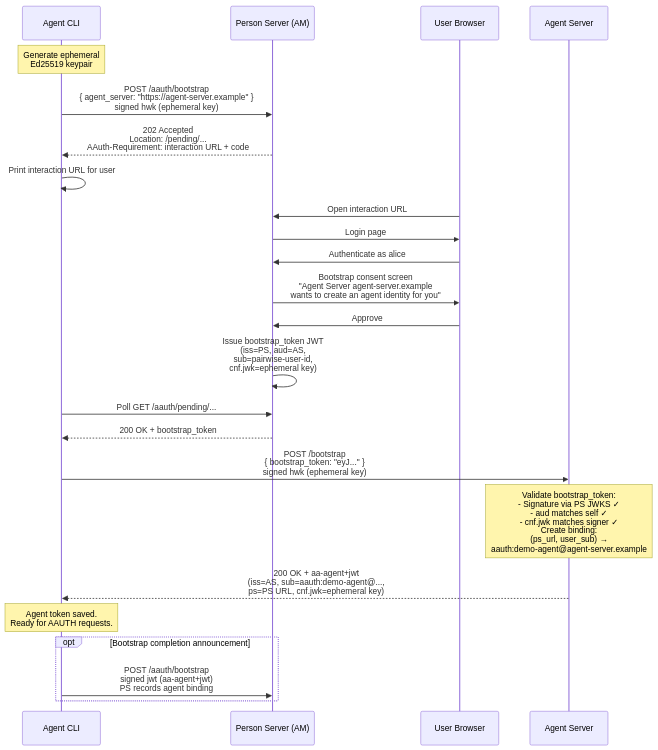
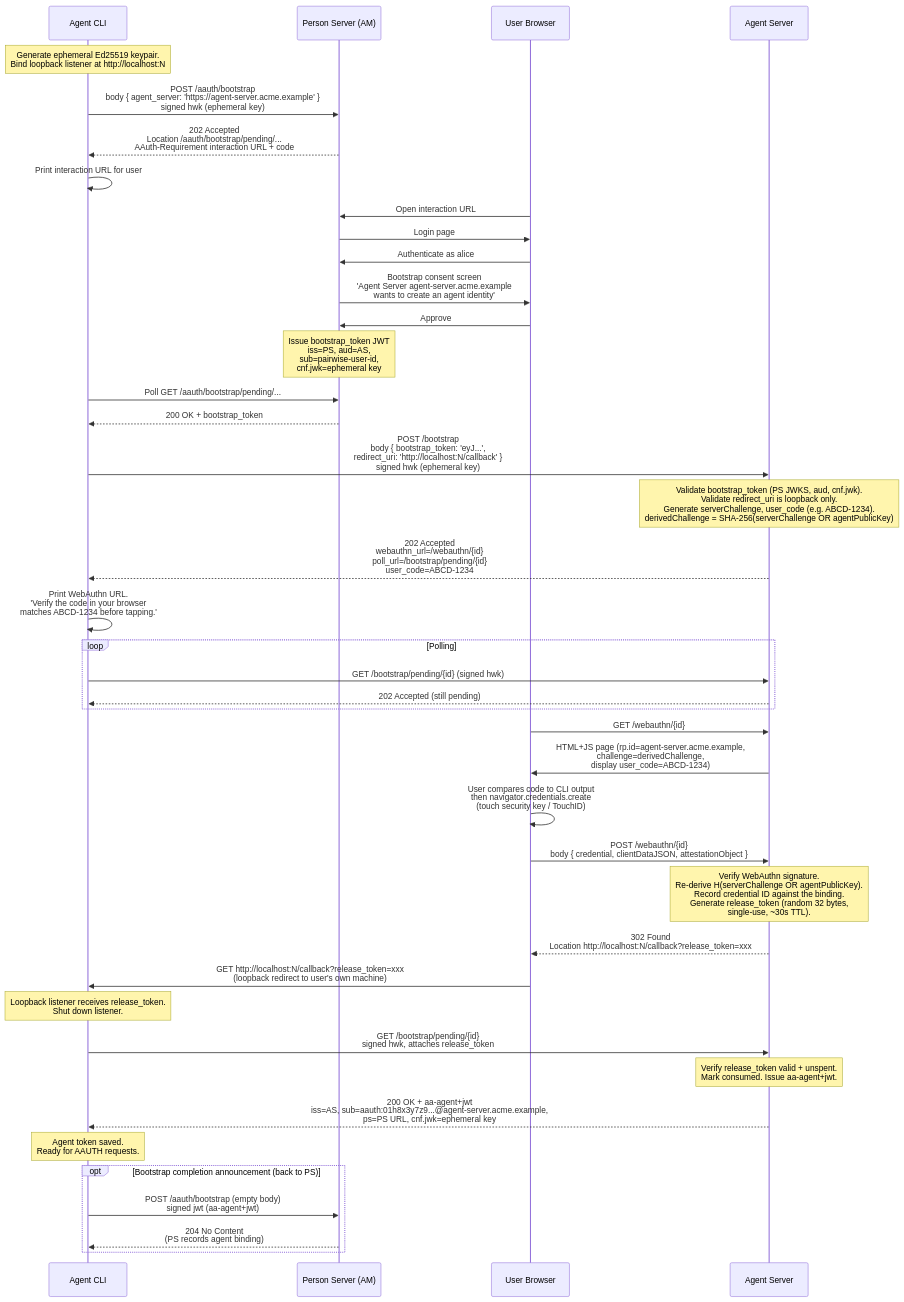
The diagram in gravitee-am-gateway/gravitee-am-gateway-handler/gravitee-am-gateway-handler-aauth/plans/aauth-implementation/17-mcp-demo.md (gravitee-io/gravitee-access-management), drawn with Mermaid before and after one commit. The commit also changed other lines of this file, not shown here.

Commit message:
feat(aauth): build demo plan

````diff
--- a/gravitee-am-gateway/gravitee-am-gateway-handler/gravitee-am-gateway-handler-aauth/plans/aauth-implementation/17-mcp-demo.md
+++ b/gravitee-am-gateway/gravitee-am-gateway-handler/gravitee-am-gateway-handler-aauth/plans/aauth-implementation/17-mcp-demo.md
@@ -69,37 +88,60 @@
 ```mermaid
 sequenceDiagram
     participant CLI as Agent CLI
     participant PS as Person Server (AM)
     participant Browser as User Browser
     participant AS as Agent Server
 
-    Note over CLI: Generate ephemeral<br/>Ed25519 keypair
+    Note over CLI: Generate ephemeral Ed25519 keypair.<br/>Bind loopback listener at http://localhost:N
 
-    CLI->>PS: POST /aauth/bootstrap<br/>{ agent_server: "https://agent-server.example" }<br/>signed hwk (ephemeral key)
-    PS-->>CLI: 202 Accepted<br/>Location: /pending/...<br/>AAuth-Requirement: interaction URL + code
+    CLI->>PS: POST /aauth/bootstrap<br/>body { agent_server: 'https://agent-server.acme.example' }<br/>signed hwk (ephemeral key)
+    PS-->>CLI: 202 Accepted<br/>Location /aauth/bootstrap/pending/...<br/>AAuth-Requirement interaction URL + code
 
     CLI->>CLI: Print interaction URL for user
 
     Browser->>PS: Open interaction URL
     PS->>Browser: Login page
     Browser->>PS: Authenticate as alice
-    PS->>Browser: Bootstrap consent screen<br/>"Agent Server agent-server.example<br/>wants to create an agent identity for you"
+    PS->>Browser: Bootstrap consent screen<br/>'Agent Server agent-server.acme.example<br/>wants to create an agent identity'
     Browser->>PS: Approve
 
-    PS->>PS: Issue bootstrap_token JWT<br/>(iss=PS, aud=AS,<br/>sub=pairwise-user-id,<br/>cnf.jwk=ephemeral key)
+    Note over PS: Issue bootstrap_token JWT<br/>iss=PS, aud=AS,<br/>sub=pairwise-user-id,<br/>cnf.jwk=ephemeral key
 
-    CLI->>PS: Poll GET /aauth/pending/...
+    CLI->>PS: Poll GET /aauth/bootstrap/pending/...
     PS-->>CLI: 200 OK + bootstrap_token
 
-    CLI->>AS: POST /bootstrap<br/>{ bootstrap_token: "eyJ..." }<br/>signed hwk (ephemeral key)
+    CLI->>AS: POST /bootstrap<br/>body { bootstrap_token: 'eyJ...',<br/>redirect_uri: 'http://localhost:N/callback' }<br/>signed hwk (ephemeral key)
 
-    Note over AS: Validate bootstrap_token:<br/>- Signature via PS JWKS ✓<br/>- aud matches self ✓<br/>- cnf.jwk matches signer ✓<br/>Create binding:<br/>(ps_url, user_sub) →<br/>aauth:demo-agent@agent-server.example
+    Note over AS: Validate bootstrap_token (PS JWKS, aud, cnf.jwk).<br/>Validate redirect_uri is loopback only.<br/>Generate serverChallenge, user_code (e.g. ABCD-1234).<br/>derivedChallenge = SHA-256(serverChallenge OR agentPublicKey)
 
-    AS-->>CLI: 200 OK + aa-agent+jwt<br/>(iss=AS, sub=aauth:demo-agent@...,<br/>ps=PS URL, cnf.jwk=ephemeral key)
+    AS-->>CLI: 202 Accepted<br/>webauthn_url=/webauthn/{id}<br/>poll_url=/bootstrap/pending/{id}<br/>user_code=ABCD-1234
+
+    CLI->>CLI: Print WebAuthn URL.<br/>'Verify the code in your browser<br/>matches ABCD-1234 before tapping.'
+
+    loop Polling
+        CLI->>AS: GET /bootstrap/pending/{id} (signed hwk)
+        AS-->>CLI: 202 Accepted (still pending)
+    end
+
+    Browser->>AS: GET /webauthn/{id}
+    AS->>Browser: HTML+JS page (rp.id=agent-server.acme.example,<br/>challenge=derivedChallenge,<br/>display user_code=ABCD-1234)
+    Browser->>Browser: User compares code to CLI output<br/>then navigator.credentials.create<br/>(touch security key / TouchID)
+    Browser->>AS: POST /webauthn/{id}<br/>body { credential, clientDataJSON, attestationObject }
+
+    Note over AS: Verify WebAuthn signature.<br/>Re-derive H(serverChallenge OR agentPublicKey).<br/>Record credential ID against the binding.<br/>Generate release_token (random 32 bytes,<br/>single-use, ~30s TTL).
+
+    AS-->>Browser: 302 Found<br/>Location http://localhost:N/callback?release_token=xxx
+    Browser->>CLI: GET http://localhost:N/callback?release_token=xxx<br/>(loopback redirect to user's own machine)
+    Note over CLI: Loopback listener receives release_token.<br/>Shut down listener.
+
+    CLI->>AS: GET /bootstrap/pending/{id}<br/>signed hwk, attaches release_token
+    Note over AS: Verify release_token valid + unspent.<br/>Mark consumed. Issue aa-agent+jwt.
+    AS-->>CLI: 200 OK + aa-agent+jwt<br/>iss=AS, sub=aauth:01h8x3y7z9...@agent-server.acme.example,<br/>ps=PS URL, cnf.jwk=ephemeral key
 
     Note over CLI: Agent token saved.<br/>Ready for AAUTH requests.
 
-    opt Bootstrap completion announcement
-        CLI->>PS: POST /aauth/bootstrap<br/>signed jwt (aa-agent+jwt)<br/>PS records agent binding
+    opt Bootstrap completion announcement (back to PS)
+        CLI->>PS: POST /aauth/bootstrap (empty body)<br/>signed jwt (aa-agent+jwt)
+        PS-->>CLI: 204 No Content<br/>(PS records agent binding)
     end
 ```
````
